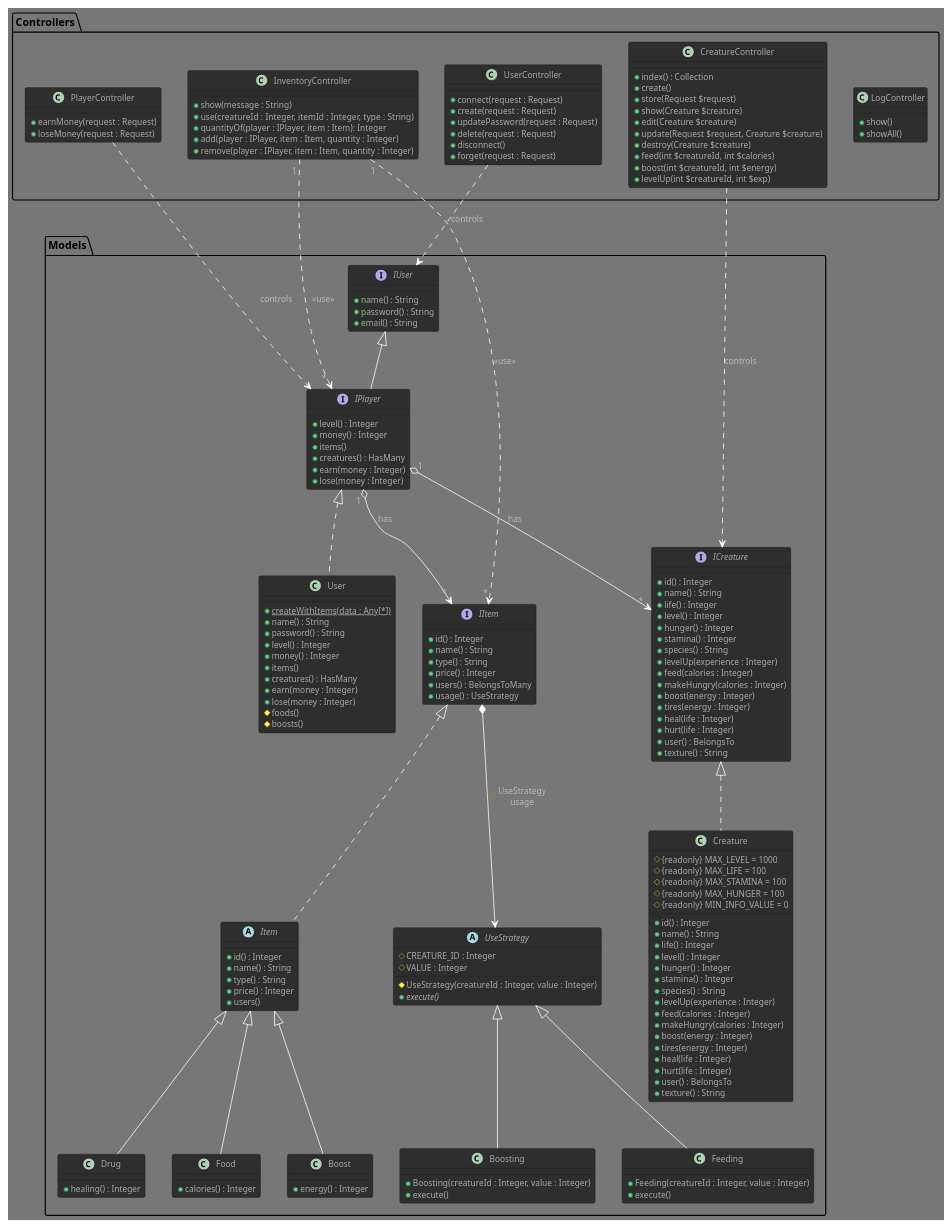
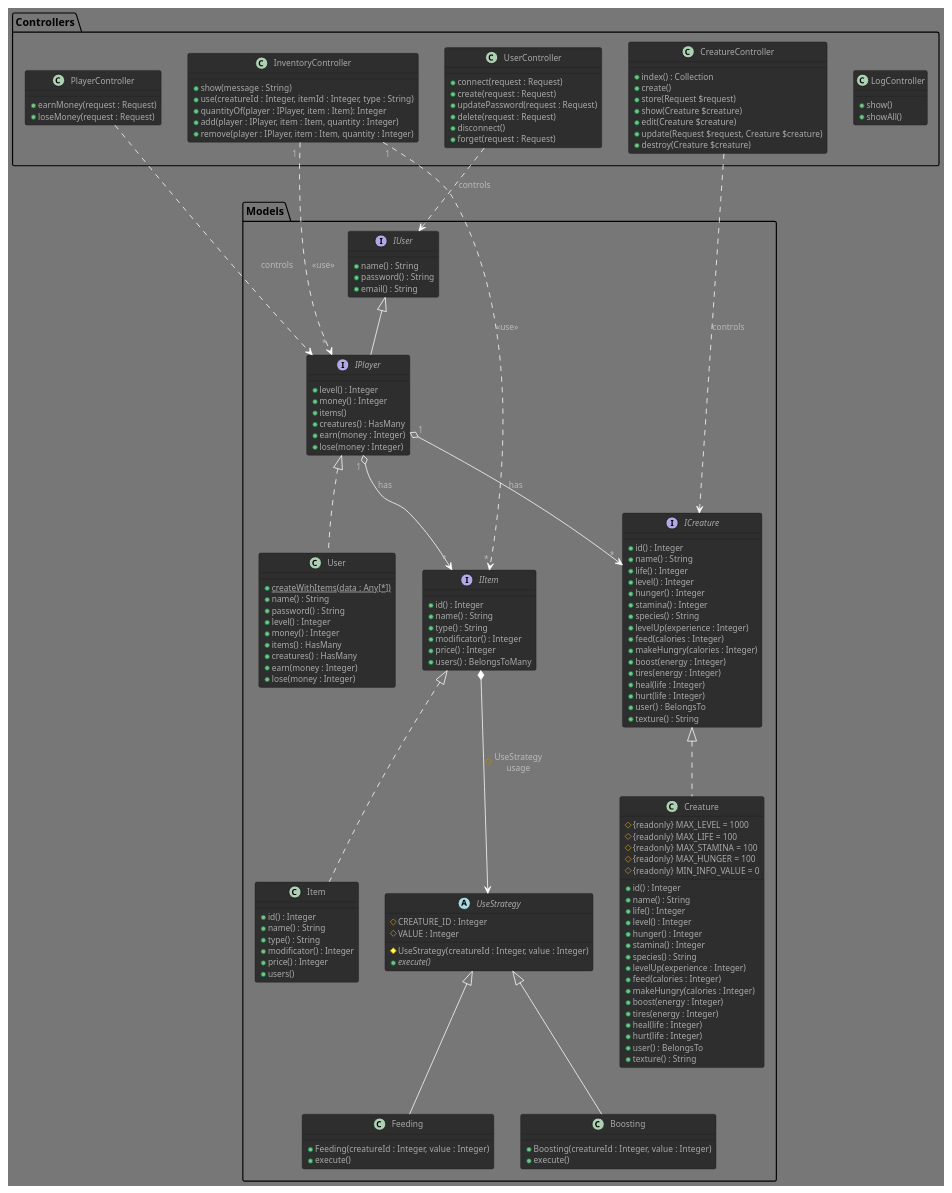
Before and after one commit to GlazKrovi/VirtualNoe: the diagram in VirtualNoe.puml, drawn with PlantUML. The commit also changed 3 other files, not shown here.

```diff
--- a/VirtualNoe.puml
+++ b/VirtualNoe.puml
@@ -1,191 +1,171 @@
 @startuml VirtualNoe
 
 !theme reddress-darkgreen
 
 package Models
 {
     interface IUser {
         + name() : String
         + password() : String
         + email() : String
     }
 
     interface IPlayer extends IUser
     {
         + level() : Integer /' sum of his creatures' exp '/
         + money() : Integer
         + items()
         + creatures() : HasMany
         + earn(money : Integer)
         + lose(money : Integer)
     }
     IPlayer" 1 " o--> " * "IItem : has
     IPlayer" 1 " o--> " * "ICreature : has
 
     class User implements IPlayer
     {
         + {static} createWithItems(data : Any[*])
         + name() : String
         + password() : String
         + level() : Integer
         + money() : Integer
-        + items()
-        +  creatures() : HasMany
+        + items() : HasMany
+        + creatures() : HasMany
         + earn(money : Integer)
         + lose(money : Integer)
-        # foods()
-        # boosts()
     }
 
     interface IItem
     {
         + id() : Integer
         + name() : String
         + type() : String
+        + modificator() : Integer   
         + price() : Integer
         + users() : BelongsToMany /' get owners '/
-        + usage() : UseStrategy
     }
     IItem *--> UseStrategy : # UseStrategy\nusage
 
-    abstract class Item implements IItem
+    class Item implements IItem
     {
         + id() : Integer
         + name() : String
         + type() : String
+        + modificator() : Integer   
         + price() : Integer
         + users()
-    }
-
-    class Food extends Item
-    {
-        + calories() : Integer
-    }
-
-    class Boost extends Item
-    {
-        + energy() : Integer
-    }
-
-    /' TODO '/
-    class Drug extends Item
-    {
-        + healing() : Integer
     }
 
     interface ICreature
     {
         + id() : Integer
         + name() : String
         + life() : Integer
         + level() : Integer
         + hunger() : Integer
         + stamina() : Integer
         + species() : String
         + levelUp(experience : Integer)
         + feed(calories : Integer) 
         + makeHungry(calories : Integer) 
         + boost(energy : Integer) 
         + tires(energy : Integer) 
         + heal(life : Integer) 
         + hurt(life : Integer) 
         + user() : BelongsTo
         + texture() : String
     }
 
     class Creature implements ICreature
     {
         # {readonly} MAX_LEVEL = 1000
         # {readonly} MAX_LIFE = 100
         # {readonly} MAX_STAMINA = 100
         # {readonly} MAX_HUNGER = 100
         # {readonly} MIN_INFO_VALUE = 0
         + id() : Integer
         + name() : String
         + life() : Integer
         + level() : Integer
         + hunger() : Integer
         + stamina() : Integer
         + species() : String
         + levelUp(experience : Integer)
         + feed(calories : Integer) 
         + makeHungry(calories : Integer) 
         + boost(energy : Integer) 
         + tires(energy : Integer) 
         + heal(life : Integer) 
         + hurt(life : Integer) 
         + user() : BelongsTo
         + texture() : String
     }
 
     /' Item Strategy '/
     abstract UseStrategy {
         # CREATURE_ID : Integer
         # VALUE : Integer
         # UseStrategy(creatureId : Integer, value : Integer)
         + {abstract} execute()
     }
 
     class Feeding extends UseStrategy{
         + Feeding(creatureId : Integer, value : Integer)
         + execute()
     }
 
     class Boosting extends UseStrategy{
         + Boosting(creatureId : Integer, value : Integer)
         + execute()
     }
     /' TODO '/
 }
 
 package Controllers
 {
     class LogController
     {
         +  show()
         +  showAll()
     }
 
     class InventoryController   /' use IPlayer '/
     {
         + show(message : String)
         + use(creatureId : Integer, itemId : Integer, type : String)
         + quantityOf(player : IPlayer, item : Item): Integer
         + add(player : IPlayer, item : Item, quantity : Integer)
         + remove(player : IPlayer, item : Item, quantity : Integer)
     }
     InventoryController" 1 " ..> " * "IPlayer : <<use>>
     InventoryController" 1 " ..> " * "IItem : <<use>>
 
     class UserController {
         + connect(request : Request)
         + create(request : Request)
         + updatePassword(request : Request)
         + delete(request : Request)
         + disconnect()
         + forget(request : Request)
     }
     UserController ..> IUser : controls
 
     class PlayerController {
         + earnMoney(request : Request)
         + loseMoney(request : Request)
     }
     PlayerController ..> IPlayer : controls
 
     class CreatureController {
         + index() : Collection
         + create()
         + store(Request $request)
         + show(Creature $creature)
         + edit(Creature $creature)
         + update(Request $request, Creature $creature)
         + destroy(Creature $creature)
-        + feed(int $creatureId, int $calories)
-        + boost(int $creatureId, int $energy)
-        + levelUp(int $creatureId, int $exp)
     }
     CreatureController ..> ICreature : controls
 }
 
 @enduml
```
